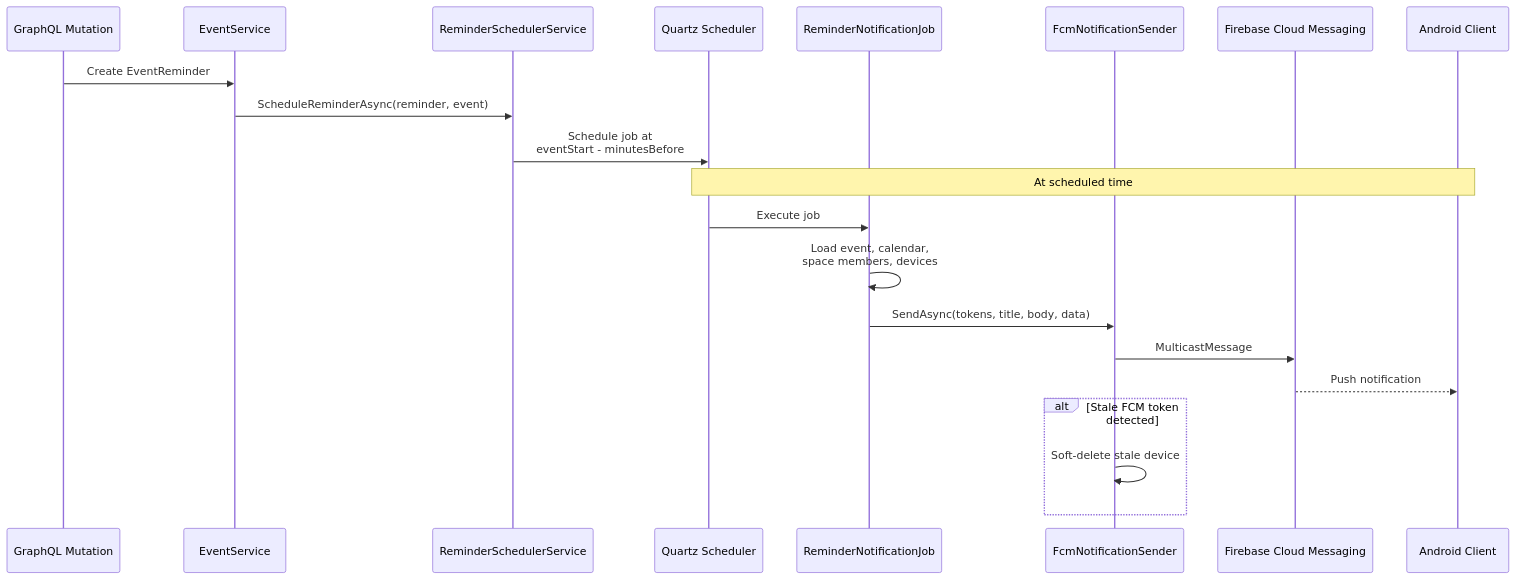
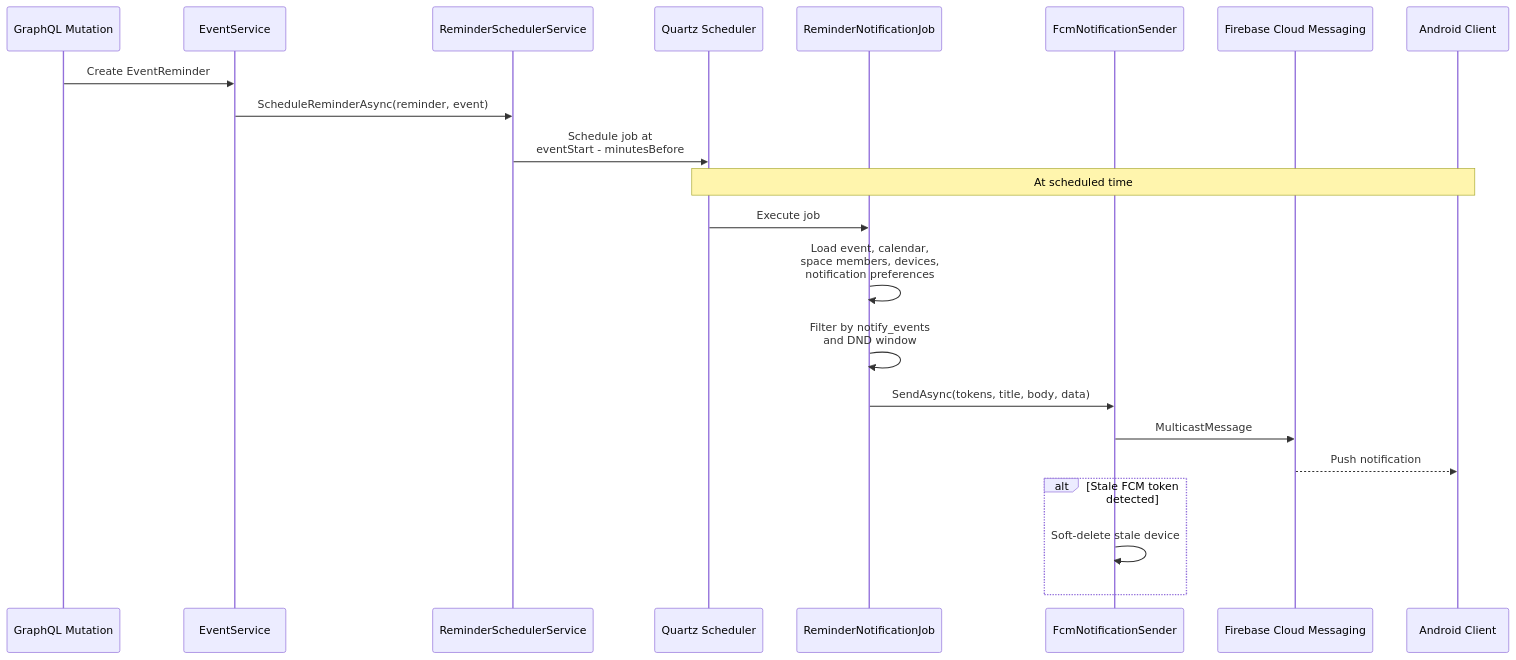
Before and after one commit to DayKeeperApp/day-keeper-service: the fourth of 6 diagrams in docs/ARCHITECTURE.md, drawn with Mermaid. The commit also changed other lines of this file and 22 other files, not shown here.

First line of the commit message:
feat: add per-device notification preferences

````diff
--- a/docs/ARCHITECTURE.md
+++ b/docs/ARCHITECTURE.md
@@ -168,26 +170,27 @@
 ```mermaid
 sequenceDiagram
   participant GQL as GraphQL Mutation
   participant ES as EventService
   participant RS as ReminderSchedulerService
   participant Q as Quartz Scheduler
   participant RJ as ReminderNotificationJob
   participant FCM as FcmNotificationSender
   participant FB as Firebase Cloud Messaging
   participant App as Android Client
 
   GQL->>ES: Create EventReminder
   ES->>RS: ScheduleReminderAsync(reminder, event)
   RS->>Q: Schedule job at<br/>eventStart - minutesBefore
 
   Note over Q,App: At scheduled time
   Q->>RJ: Execute job
-  RJ->>RJ: Load event, calendar,<br/>space members, devices
+  RJ->>RJ: Load event, calendar,<br/>space members, devices,<br/>notification preferences
+  RJ->>RJ: Filter by notify_events<br/>and DND window
   RJ->>FCM: SendAsync(tokens, title, body, data)
   FCM->>FB: MulticastMessage
   FB-->>App: Push notification
 
   alt Stale FCM token detected
     FCM->>FCM: Soft-delete stale device
   end
 ```
````
